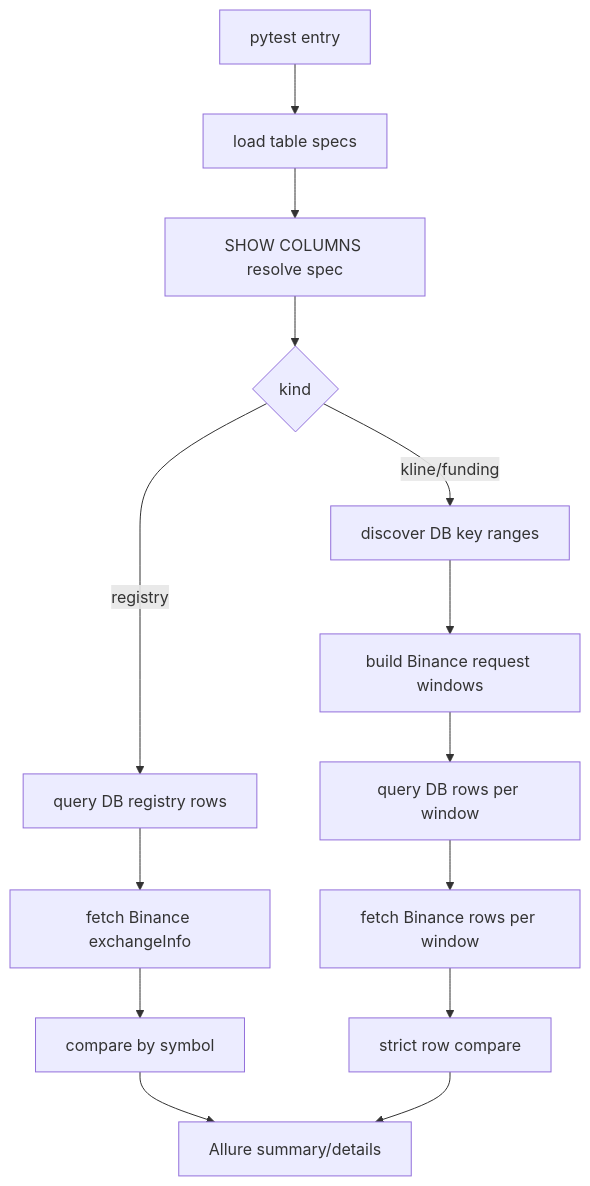
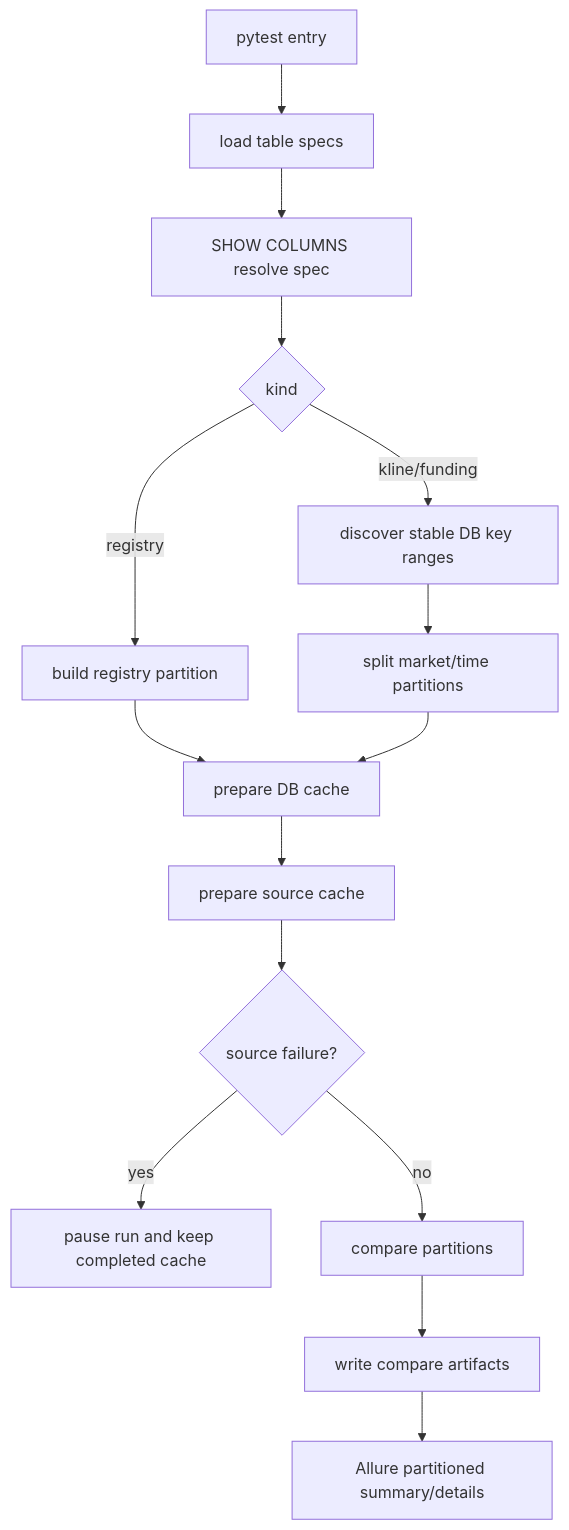
The first of 2 diagrams in docs/binance_db_accuracy_validation.md (qq1095246118/QuestTest), drawn with Mermaid before and after one commit. The commit also changed other lines of this file, not shown here.

Commit message:
docs: describe partitioned db accuracy runner

````diff
--- a/docs/binance_db_accuracy_validation.md
+++ b/docs/binance_db_accuracy_validation.md
@@ -765,16 +836,17 @@
 ```mermaid
 flowchart TD
   A["pytest entry"] --> B["load table specs"]
   B --> C["SHOW COLUMNS resolve spec"]
   C --> D{"kind"}
-  D -->|"registry"| E["query DB registry rows"]
-  E --> F["fetch Binance exchangeInfo"]
-  F --> G["compare by symbol"]
-  D -->|"kline/funding"| H["discover DB key ranges"]
-  H --> I["build Binance request windows"]
-  I --> J["query DB rows per window"]
-  J --> K["fetch Binance rows per window"]
-  K --> L["strict row compare"]
-  G --> M["Allure summary/details"]
-  L --> M
+  D -->|"registry"| E["build registry partition"]
+  D -->|"kline/funding"| F["discover stable DB key ranges"]
+  F --> G["split market/time partitions"]
+  E --> H["prepare DB cache"]
+  G --> H
+  H --> I["prepare source cache"]
+  I --> J{"source failure?"}
+  J -->|"yes"| K["pause run and keep completed cache"]
+  J -->|"no"| L["compare partitions"]
+  L --> M["write compare artifacts"]
+  M --> N["Allure partitioned summary/details"]
 ```
````
